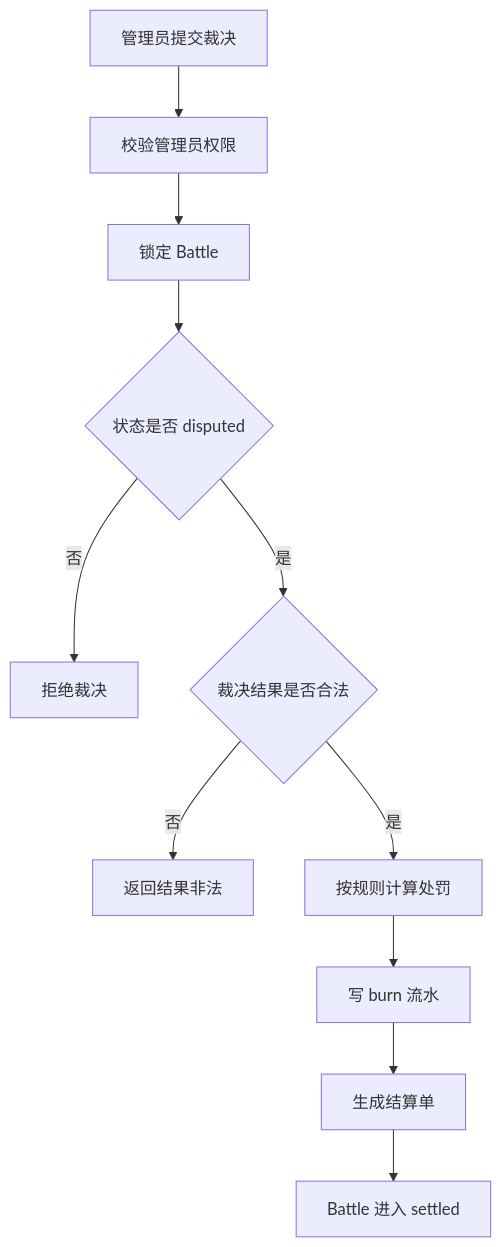
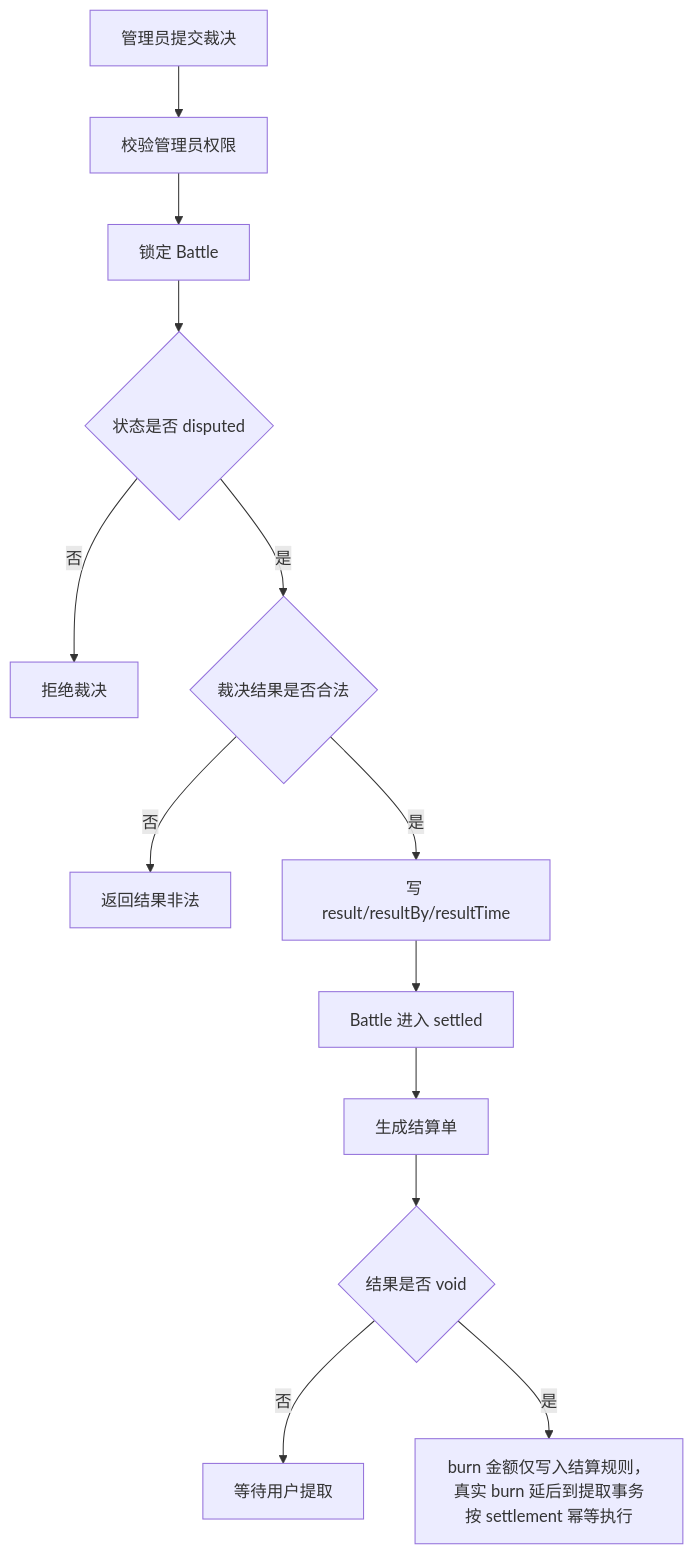
Before and after one commit to maoshuo1988/turtlepoll: the sixth of 9 diagrams in prompt/project/开战广场/01-流程图.md, drawn with Mermaid. The commit also changed other lines of this file and 23 other files, not shown here.

````diff
--- a/prompt/project/开战广场/01-流程图.md
+++ b/prompt/project/开战广场/01-流程图.md
@@ -113,13 +119,15 @@
 ```mermaid
 flowchart TD
   A["管理员提交裁决"] --> B["校验管理员权限"]
   B --> C["锁定 Battle"]
   C --> D{"状态是否 disputed"}
   D -- "否" --> E["拒绝裁决"]
   D -- "是" --> F{"裁决结果是否合法"}
   F -- "否" --> G["返回结果非法"]
-  F -- "是" --> H["按规则计算处罚"]
-  H --> I["写 burn 流水"]
+  F -- "是" --> H["写 result/resultBy/resultTime"]
+  H --> I["Battle 进入 settled"]
   I --> J["生成结算单"]
-  J --> K["Battle 进入 settled"]
+  J --> K{"结果是否 void"}
+  K -- "否" --> L["等待用户提取"]
+  K -- "是" --> M["burn 金额仅写入结算规则，真实 burn 延后到提取事务按 settlement 幂等执行"]
 ```
````
